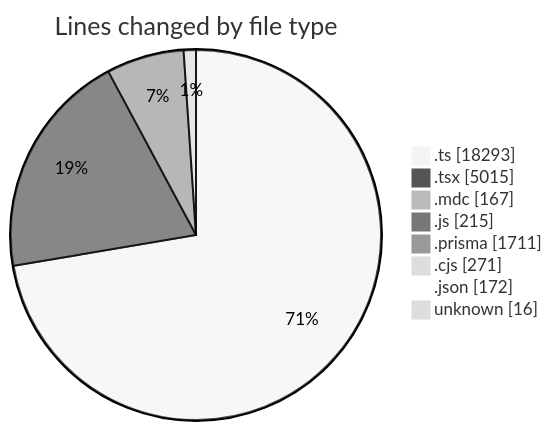
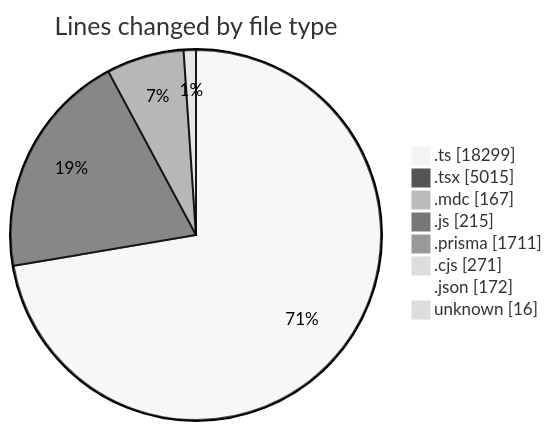
The first of 2 diagrams in 2025-06-06/ecodeli-1/README.md (CELIANVF/code-tracking), drawn with Mermaid (neutral theme) before and after one commit. The commit also changed other lines of this file and 1 other file, not shown here.

````diff
--- a/2025-06-06/ecodeli-1/README.md
+++ b/2025-06-06/ecodeli-1/README.md
@@ -92,12 +92,12 @@
 ```mermaid
 pie showData
 title Lines changed by file type
-".ts" : 18293
+".ts" : 18299
 ".tsx" : 5015
 ".mdc" : 167
 ".js" : 215
 ".prisma" : 1711
 ".cjs" : 271
 ".json" : 172
 "unknown" : 16
 ```
````
